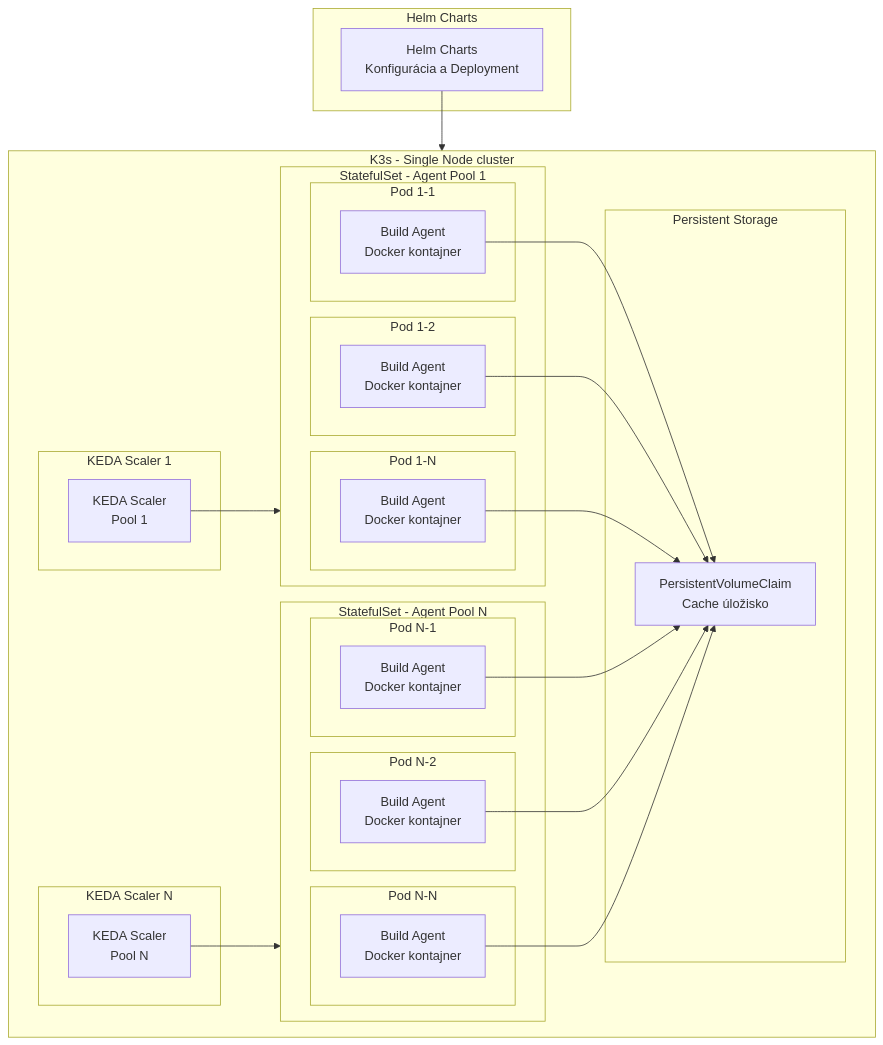
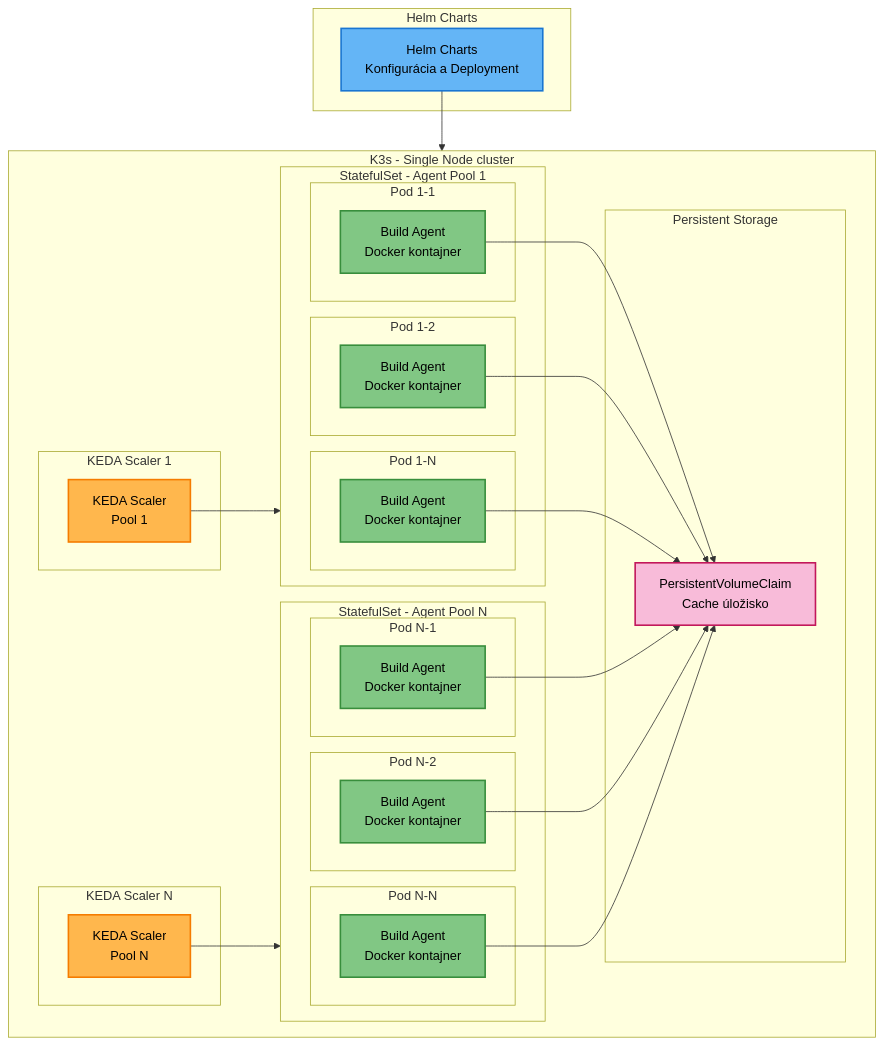
The first of 2 diagrams in linuxmachine/user-documentation.md (motycak/kros-sk.github.io), drawn with Mermaid before and after one commit.

````diff
--- a/linuxmachine/user-documentation.md
+++ b/linuxmachine/user-documentation.md
@@ -39,61 +39,66 @@
 ```mermaid
 graph TB
     subgraph K3s[K3s - Single Node cluster]
         subgraph "KEDA Scaler 1"
             KEDA_SCALER1[KEDA Scaler<br/>Pool 1]
         end
         
         subgraph "KEDA Scaler N"
             KEDA_SCALERN[KEDA Scaler<br/>Pool N]
         end
         
         subgraph STATEFULSET_POOL1["StatefulSet - Agent Pool 1"]
             subgraph "Pod 1-1"
                 AGENT1_1[Build Agent<br/>Docker kontajner]
             end
             subgraph "Pod 1-2"
                 AGENT1_2[Build Agent<br/>Docker kontajner]
             end
             subgraph "Pod 1-N"
                 AGENT1_N[Build Agent<br/>Docker kontajner]
             end
         end
         
         subgraph STATEFULSET_POOLN["StatefulSet - Agent Pool N"]
             subgraph "Pod N-1"
                 AGENTN_1[Build Agent<br/>Docker kontajner]
             end
             subgraph "Pod N-2"
                 AGENTN_2[Build Agent<br/>Docker kontajner]
             end
             subgraph "Pod N-N"
                 AGENTN_N[Build Agent<br/>Docker kontajner]
             end
         end
         
         subgraph "Persistent Storage"
             PVC[PersistentVolumeClaim<br/>Cache úložisko]
         end
     end
     
     subgraph "Helm Charts"
         HELM[Helm Charts<br/>Konfigurácia a Deployment]
     end
     
     KEDA_SCALER1 --> STATEFULSET_POOL1
     KEDA_SCALERN --> STATEFULSET_POOLN
     
     HELM --> K3s
     
     AGENT1_1 --> PVC
     AGENT1_2 --> PVC
     AGENT1_N --> PVC
     AGENTN_1 --> PVC
     AGENTN_2 --> PVC
     AGENTN_N --> PVC
     
+    classDef keda fill:#ffb74d,stroke:#f57c00,stroke-width:2px,color:#000
+    classDef k8s fill:#81c784,stroke:#388e3c,stroke-width:2px,color:#000
+    classDef helm fill:#64b5f6,stroke:#1976d2,stroke-width:2px,color:#000
+    classDef storage fill:#f8bbd9,stroke:#c2185b,stroke-width:2px,color:#000
+    
     class KEDA_SCALER1,KEDA_SCALERN keda
     class AGENT1_1,AGENT1_2,AGENT1_N,AGENTN_1,AGENTN_2,AGENTN_N k8s
     class HELM helm
     class PVC storage
 ```
````
